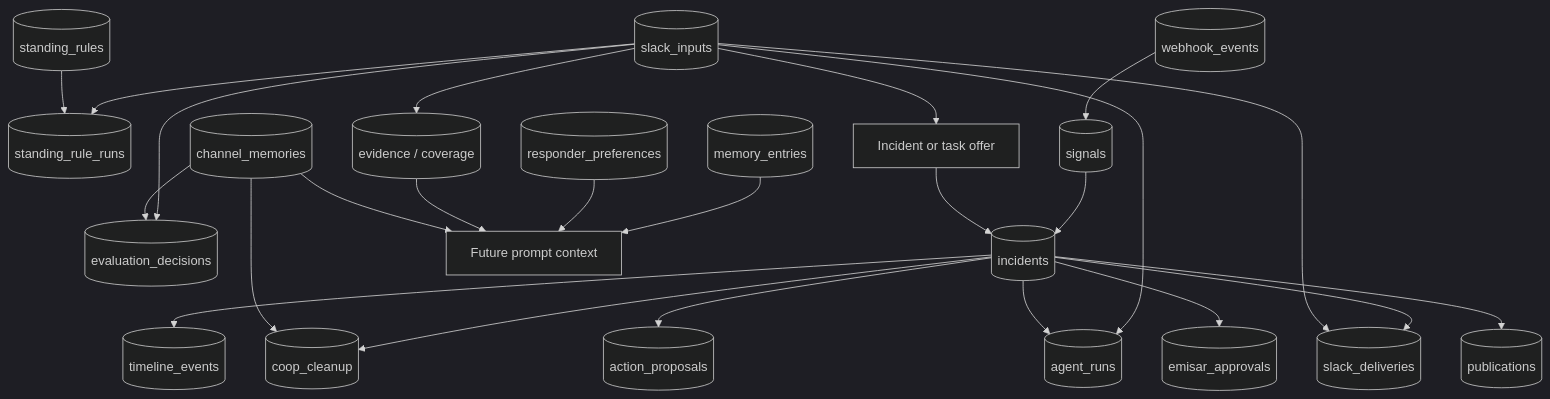
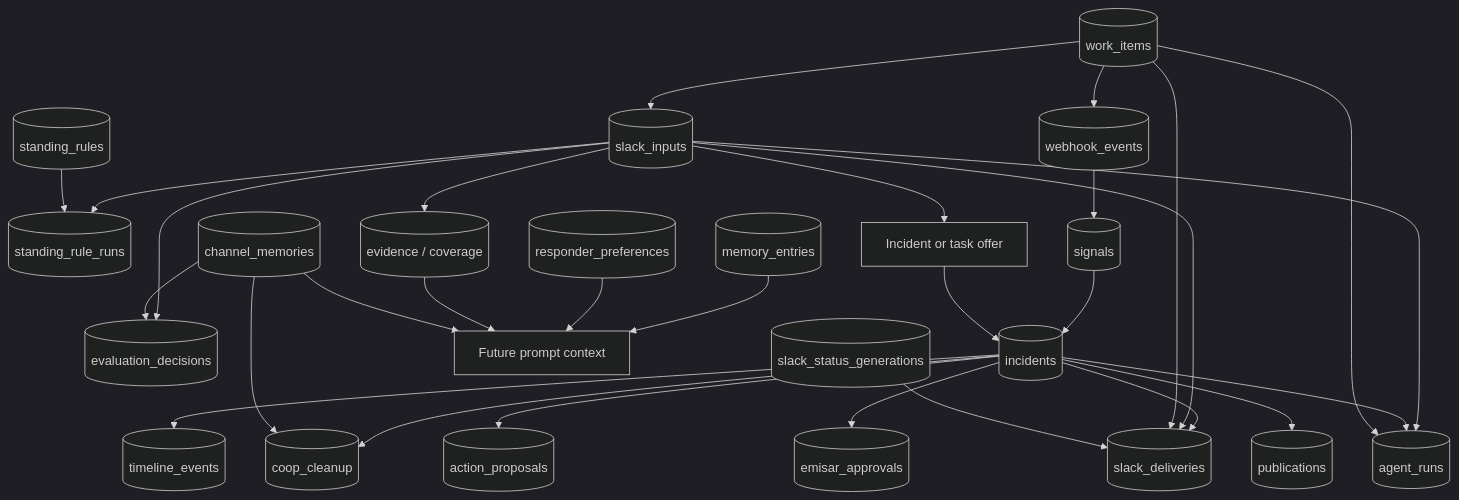
One commit to AndrewDryga/ryker changed diagram 11 of 11 in docs/how-responder-works.md. Above: the diagram before and after it, drawn with Mermaid (dark theme). The commit also changed other lines of this file and 76 other files, not shown here.

Commit message:
Add durable scheduler, channel setup wizard, and Slack app rebrand

````diff
--- a/docs/how-responder-works.md
+++ b/docs/how-responder-works.md
@@ -494,30 +523,35 @@
 ```mermaid
 flowchart TB
   SlackInput[("slack_inputs")] --> Evaluation[("evaluation_decisions")]
   SlackInput --> RuleRun[("standing_rule_runs")]
   SlackInput --> Evidence[("evidence / coverage")]
   SlackInput --> WorkOffer["Incident or task offer"]
 
   Webhook[("webhook_events")] --> Signals[("signals")]
   Signals --> Incident[("incidents")]
   WorkOffer --> Incident
 
   SlackInput --> AgentRuns[("agent_runs")]
   Incident --> AgentRuns
   Incident --> Deliveries[("slack_deliveries")]
   SlackInput --> Deliveries
   Incident --> Timeline[("timeline_events")]
   Incident --> Proposals[("action_proposals")]
   Incident --> Approvals[("emisar_approvals")]
   Incident --> Publication[("publications")]
 
   ChannelMemory[("channel_memories")] --> Evaluation
   Memory[("memory_entries")] --> PromptContext["Future prompt context"]
   Preferences[("responder_preferences")] --> PromptContext
   Rules[("standing_rules")] --> RuleRun
   Evidence --> PromptContext
   ChannelMemory --> PromptContext
 
   Incident --> Cleanup[("coop_cleanup")]
   ChannelMemory --> Cleanup
+  Scheduler[("work_items")] --> SlackInput
+  Scheduler --> Webhook
+  Scheduler --> AgentRuns
+  Scheduler --> Deliveries
+  StatusGeneration[("slack_status_generations")] --> Deliveries
 ```
````
